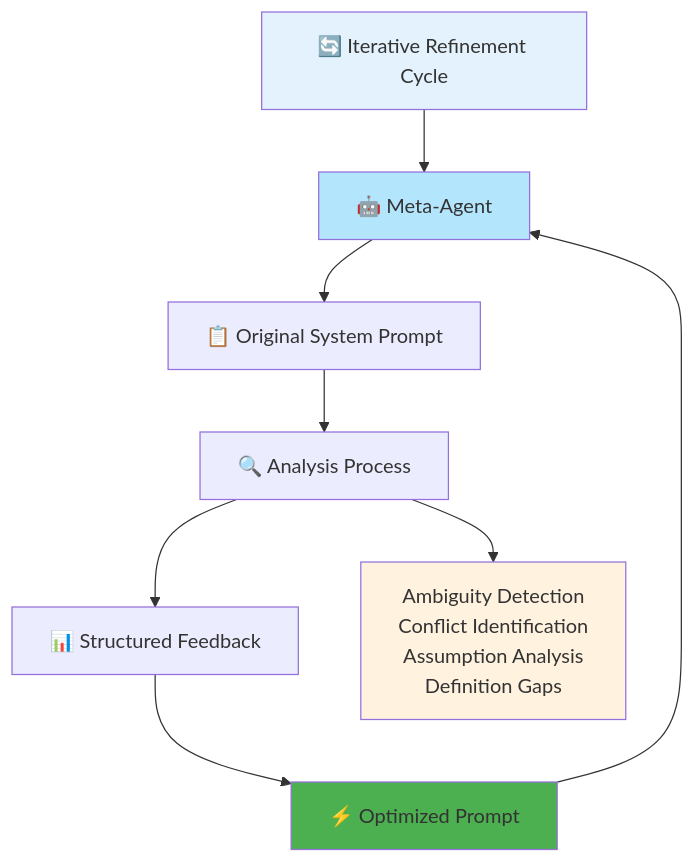
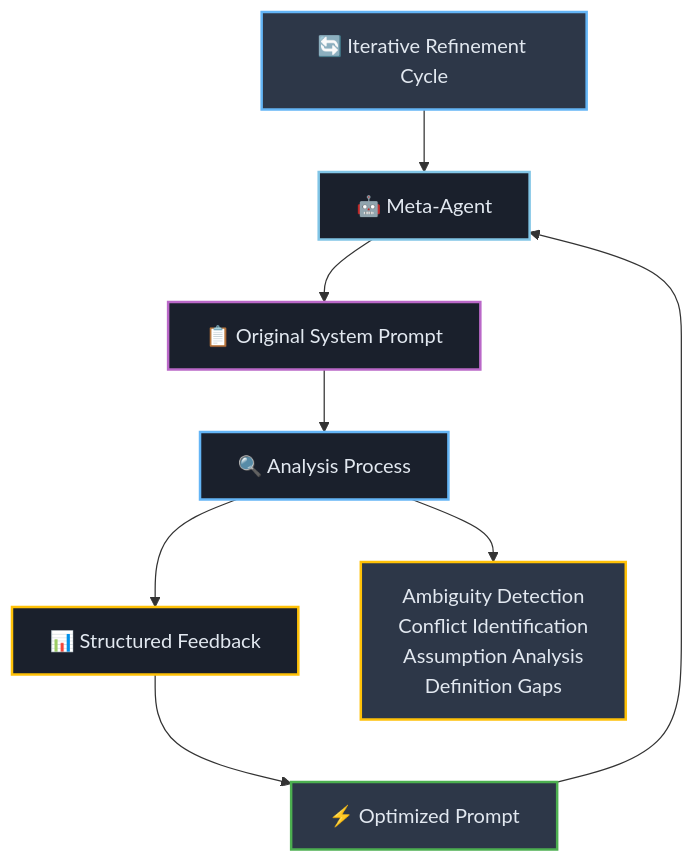
The second of 5 diagrams in Part_II_Section_7_Advanced_Agentic_Prompting_Metaprogramming_and_Self-Correction.md (josemlopez/prompt_tutorial), drawn with Mermaid before and after one commit. The commit also changed other lines of this file and 7 other files, not shown here.

````diff
--- a/Part_II_Section_7_Advanced_Agentic_Prompting_Metaprogramming_and_Self-Correction.md
+++ b/Part_II_Section_7_Advanced_Agentic_Prompting_Metaprogramming_and_Self-Correction.md
@@ -42,17 +45,20 @@
 ```mermaid
 graph TD
-    A[🔄 Iterative Refinement Cycle] --> B[🤖 Meta-Agent]
-    
-    B --> C[📋 Original System Prompt]
-    C --> D[🔍 Analysis Process]
-    D --> E[📊 Structured Feedback]
-    E --> F[⚡ Optimized Prompt]
-    F --> B
-    
-    D --> G[Ambiguity Detection<br/>Conflict Identification<br/>Assumption Analysis<br/>Definition Gaps]
-    
-    style A fill:#e3f2fd
-    style B fill:#b3e5fc
-    style F fill:#4caf50
-    style G fill:#fff3e0
+   A[🔄 Iterative Refinement Cycle] --> B[🤖 Meta-Agent]
+   
+   B --> C[📋 Original System Prompt]
+   C --> D[🔍 Analysis Process]
+   D --> E[📊 Structured Feedback]
+   E --> F[⚡ Optimized Prompt]
+   F --> B
+   
+   D --> G[Ambiguity Detection<br/>Conflict Identification<br/>Assumption Analysis<br/>Definition Gaps]
+   
+   style A fill:#2d3748,stroke:#64b5f6,stroke-width:2px,color:#e2e8f0
+   style B fill:#1a202c,stroke:#81c5e6,stroke-width:2px,color:#e2e8f0
+   style C fill:#1a202c,stroke:#ba68c8,stroke-width:2px,color:#e2e8f0
+   style D fill:#1a202c,stroke:#64b5f6,stroke-width:2px,color:#e2e8f0
+   style E fill:#1a202c,stroke:#ffc107,stroke-width:2px,color:#e2e8f0
+   style F fill:#2d3748,stroke:#4caf50,stroke-width:2px,color:#e2e8f0
+   style G fill:#2d3748,stroke:#ffc107,stroke-width:2px,color:#e2e8f0
 ```
````
